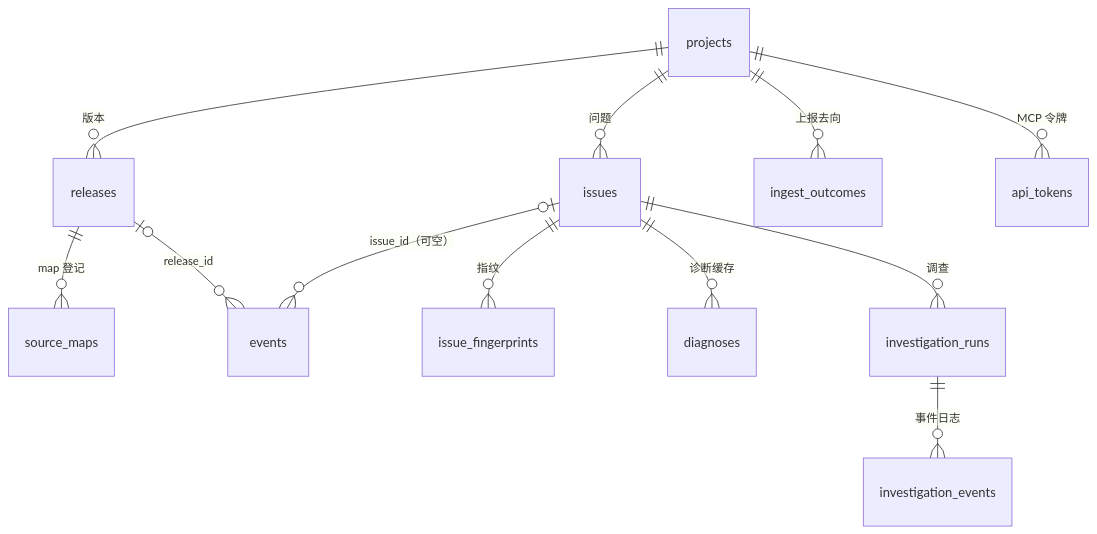
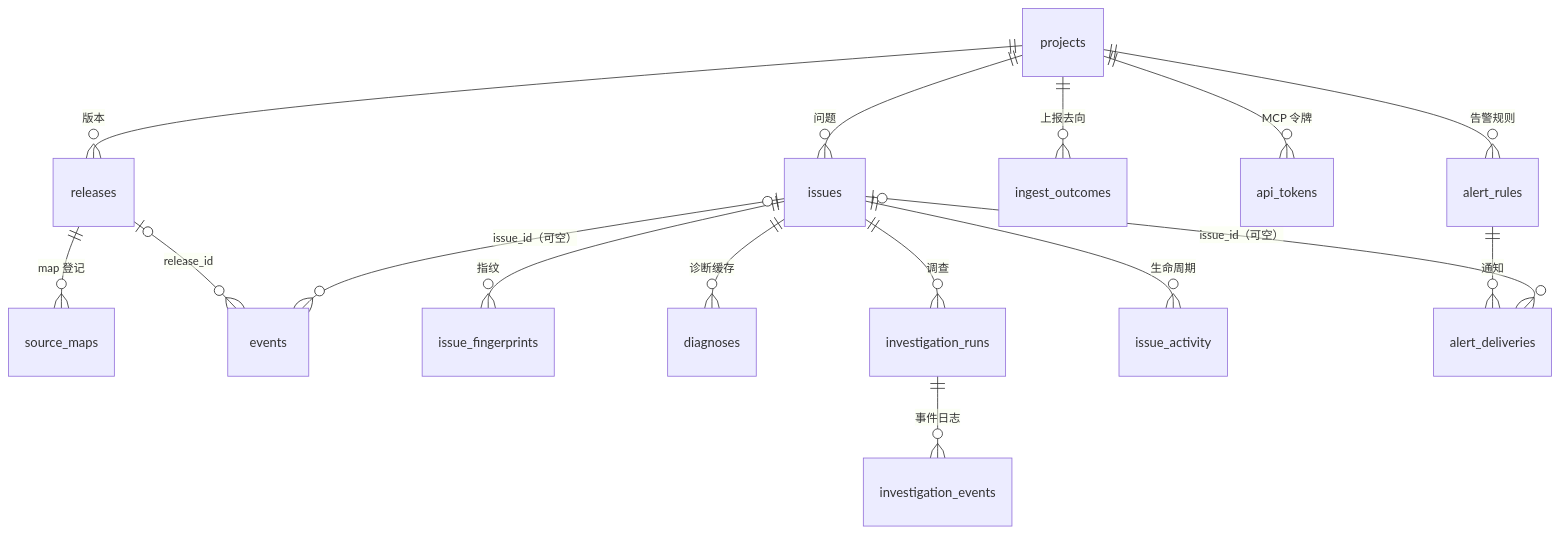
Before and after one commit to guiwzh/tracepilot: the second of 7 diagrams in docs/server.md, drawn with Mermaid. The commit also changed other lines of this file and 38 other files, not shown here.

````diff
--- a/docs/server.md
+++ b/docs/server.md
@@ -251,14 +259,18 @@
 ```mermaid
 erDiagram
   projects ||--o{ releases : "版本"
   projects ||--o{ issues : "问题"
   releases ||--o{ source_maps : "map 登记"
   releases |o--o{ events : "release_id"
   issues ||--o{ issue_fingerprints : "指纹"
   issues |o--o{ events : "issue_id（可空）"
   issues ||--o{ diagnoses : "诊断缓存"
   issues ||--o{ investigation_runs : "调查"
   investigation_runs ||--o{ investigation_events : "事件日志"
   projects ||--o{ ingest_outcomes : "上报去向"
   projects ||--o{ api_tokens : "MCP 令牌"
+  issues ||--o{ issue_activity : "生命周期"
+  projects ||--o{ alert_rules : "告警规则"
+  alert_rules ||--o{ alert_deliveries : "通知"
+  issues |o--o{ alert_deliveries : "issue_id（可空）"
 ```
````
